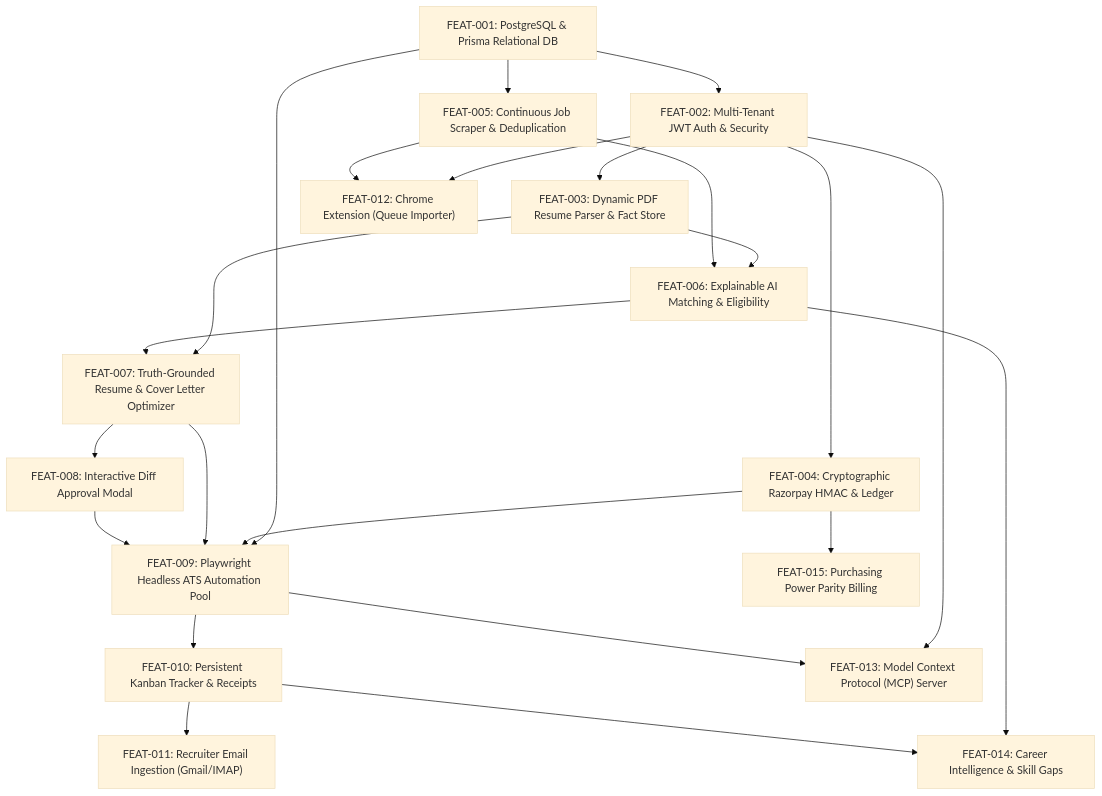
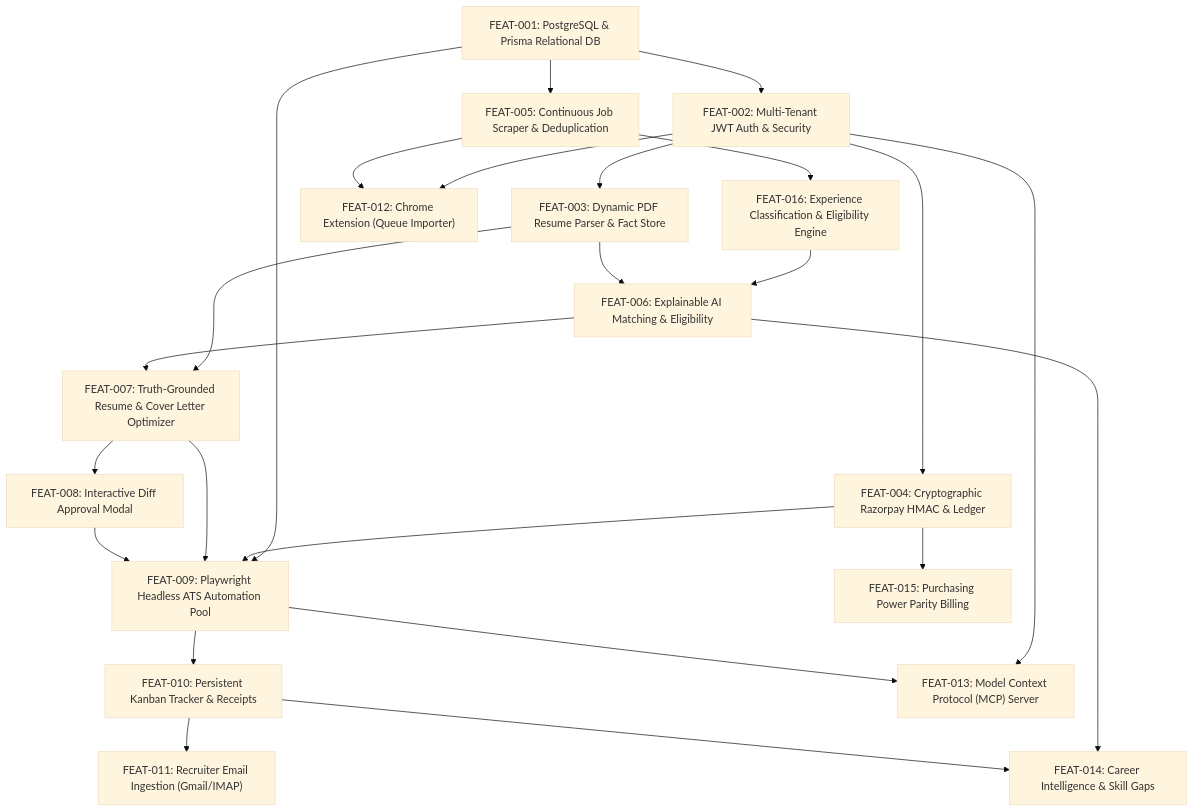
One commit to SameerAliKhan-git/Rolevia-AI changed the diagram in docs/validation/IMPLEMENTATION_DEPENDENCIES.md. Above: the diagram before and after it, drawn with Mermaid (base theme). The commit also changed 11 other files, not shown here.

Commit message:
feat(FEAT-016): experience-aware job classification & eligibility engine, benchmark validation, and ID realignment

````diff
--- a/docs/validation/IMPLEMENTATION_DEPENDENCIES.md
+++ b/docs/validation/IMPLEMENTATION_DEPENDENCIES.md
@@ -13,57 +13,59 @@
 ```mermaid
 graph TD
     FEAT_001["FEAT-001: PostgreSQL & Prisma Relational DB"]
     
     FEAT_002["FEAT-002: Multi-Tenant JWT Auth & Security"]
     FEAT_005["FEAT-005: Continuous Job Scraper & Deduplication"]
     
     FEAT_003["FEAT-003: Dynamic PDF Resume Parser & Fact Store"]
     FEAT_004["FEAT-004: Cryptographic Razorpay HMAC & Ledger"]
     
     FEAT_006["FEAT-006: Explainable AI Matching & Eligibility"]
     FEAT_007["FEAT-007: Truth-Grounded Resume & Cover Letter Optimizer"]
     
     FEAT_008["FEAT-008: Interactive Diff Approval Modal"]
     FEAT_009["FEAT-009: Playwright Headless ATS Automation Pool"]
     
     FEAT_010["FEAT-010: Persistent Kanban Tracker & Receipts"]
     
     FEAT_011["FEAT-011: Recruiter Email Ingestion (Gmail/IMAP)"]
     FEAT_012["FEAT-012: Chrome Extension (Queue Importer)"]
     FEAT_013["FEAT-013: Model Context Protocol (MCP) Server"]
     
     FEAT_014["FEAT-014: Career Intelligence & Skill Gaps"]
     FEAT_015["FEAT-015: Purchasing Power Parity Billing"]
+    FEAT_016["FEAT-016: Experience Classification & Eligibility Engine"]
 
     %% Dependencies
     FEAT_001 --> FEAT_002
     FEAT_001 --> FEAT_005
     
     FEAT_002 --> FEAT_003
     FEAT_002 --> FEAT_004
     
+    FEAT_005 --> FEAT_016
+    FEAT_016 --> FEAT_006
     FEAT_003 --> FEAT_006
-    FEAT_005 --> FEAT_006
     
     FEAT_003 --> FEAT_007
     FEAT_006 --> FEAT_007
     
     FEAT_007 --> FEAT_008
     
     FEAT_001 --> FEAT_009
     FEAT_004 --> FEAT_009
     FEAT_007 --> FEAT_009
     FEAT_008 --> FEAT_009
     
     FEAT_009 --> FEAT_010
     
     FEAT_010 --> FEAT_011
     FEAT_002 --> FEAT_012
     FEAT_005 --> FEAT_012
     FEAT_002 --> FEAT_013
     FEAT_009 --> FEAT_013
     
     FEAT_006 --> FEAT_014
     FEAT_010 --> FEAT_014
     FEAT_004 --> FEAT_015
 ```
````
